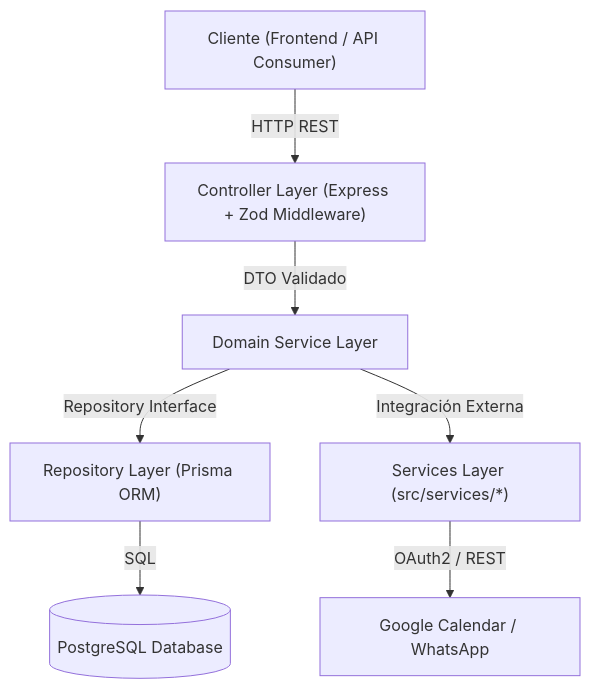
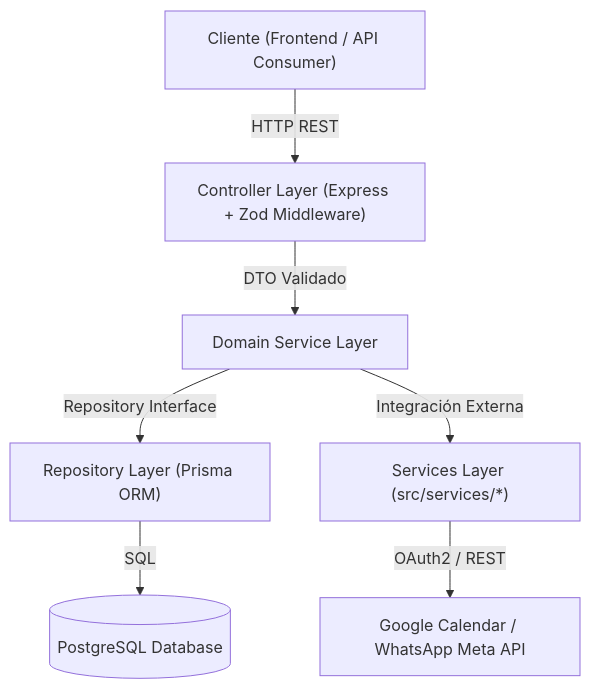
Before and after one commit to moka-web/Callvu_Agenda: the diagram in README.md, drawn with Mermaid. The commit also changed other lines of this file, not shown here.

Commit message:
docs(readme): update documentation with complete endpoint list, env schema and test suite details

````diff
--- a/README.md
+++ b/README.md
@@ -16,9 +16,9 @@
 ```mermaid
 graph TD
     Client["Cliente (Frontend / API Consumer)"] -->|HTTP REST| Controller["Controller Layer (Express + Zod Middleware)"]
     Controller -->|DTO Validado| Service["Domain Service Layer"]
     Service -->|Repository Interface| Repository["Repository Layer (Prisma ORM)"]
     Service -->|Integración Externa| ExtService["Services Layer (src/services/*)"]
     Repository -->|SQL| Database[(PostgreSQL Database)]
-    ExtService -->|OAuth2 / REST| External["Google Calendar / WhatsApp"]
+    ExtService -->|OAuth2 / REST| External["Google Calendar / WhatsApp Meta API"]
 ```
````
